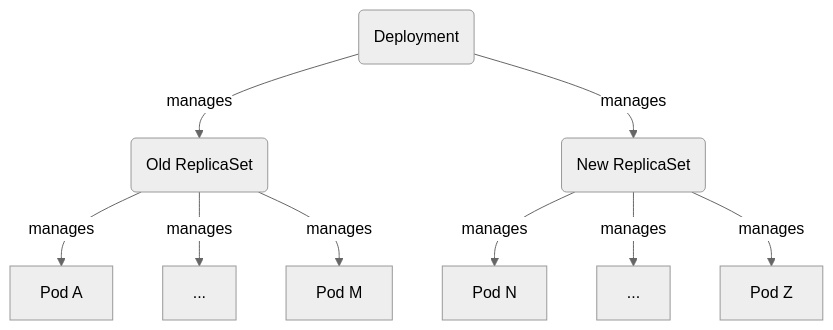
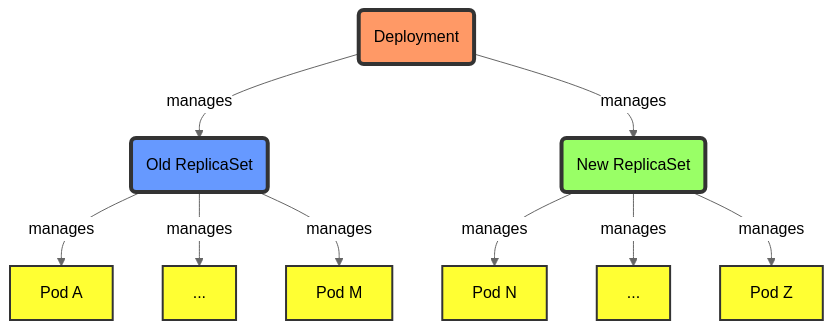
One commit to amcginlay/k8s-primer changed the second of 3 diagrams in content/020_deploy_pod_fleet/_index.md. Above: the diagram before and after it, drawn with Mermaid (neutral theme). The commit also changed other lines of this file, not shown here.

Commit message:
4/5 of objectives done, 5 = build their deployment

```diff
--- a/content/020_deploy_pod_fleet/_index.md
+++ b/content/020_deploy_pod_fleet/_index.md
@@ -87,11 +89,20 @@
 {{< mermaid >}}
 graph TB
 deployment(Deployment)-->|manages|replicaSetA(Old ReplicaSet)
 replicaSetA-->|manages|podA[Pod A]
 replicaSetA-->|manages|podB[...]
 replicaSetA-->|manages|podM[Pod M]
 deployment-->|manages|replicaSetB(New ReplicaSet)
 replicaSetB-->|manages|podN[Pod N]
 replicaSetB-->|manages|podO[...]
 replicaSetB-->|manages|podZ[Pod Z]
+
+  classDef green fill:#9f6,stroke:#333,stroke-width:4px;
+  classDef orange fill:#f96,stroke:#333,stroke-width:4px;
+  classDef blue fill:#69f,stroke:#333,stroke-width:4px;
+  classDef yellow fill:#ff3,stroke:#333,stroke-width:2px;
+  class deployment orange;
+  class replicaSetA blue;
+  class replicaSetB green;
+  class podA,podB,podM,podN,podO,podZ yellow;
 {{< /mermaid >}}
```
